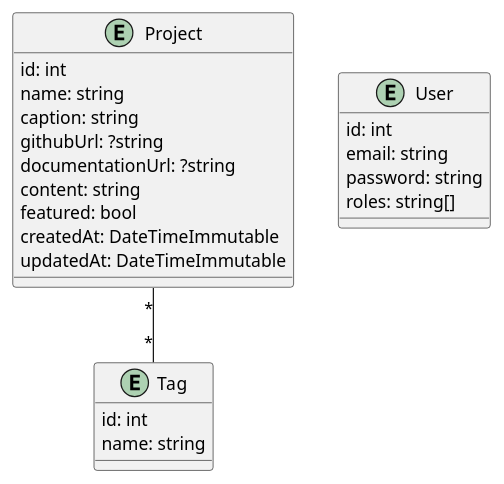
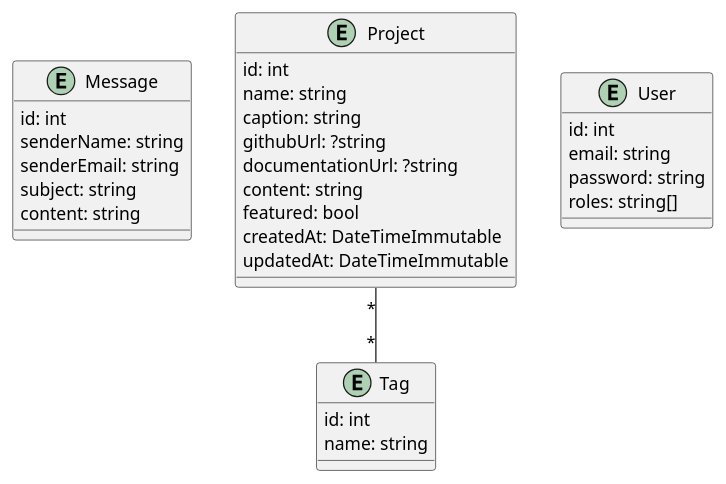
The diagram in docs/class_diagram.puml (guiguitator/portfolio), drawn with PlantUML before and after one commit. The commit also changed 12 other files, not shown here.

```diff
--- a/docs/class_diagram.puml
+++ b/docs/class_diagram.puml
@@ -1,29 +1,37 @@
 @startuml class_diagram
+
+entity Message {
+    id: int
+    senderName: string
+    senderEmail: string
+    subject: string
+    content: string
+}
 
 entity Project {
     id: int
     name: string
     caption: string
     githubUrl: ?string
     documentationUrl: ?string
     content: string
     featured: bool
     createdAt: DateTimeImmutable
     updatedAt: DateTimeImmutable
 }
 
 entity Tag {
     id: int
     name: string
 }
 
 entity User {
     id: int
     email: string
     password: string
     roles: string[]
 }
 
 Project "*" -- "*" Tag 
 
 @enduml
```
